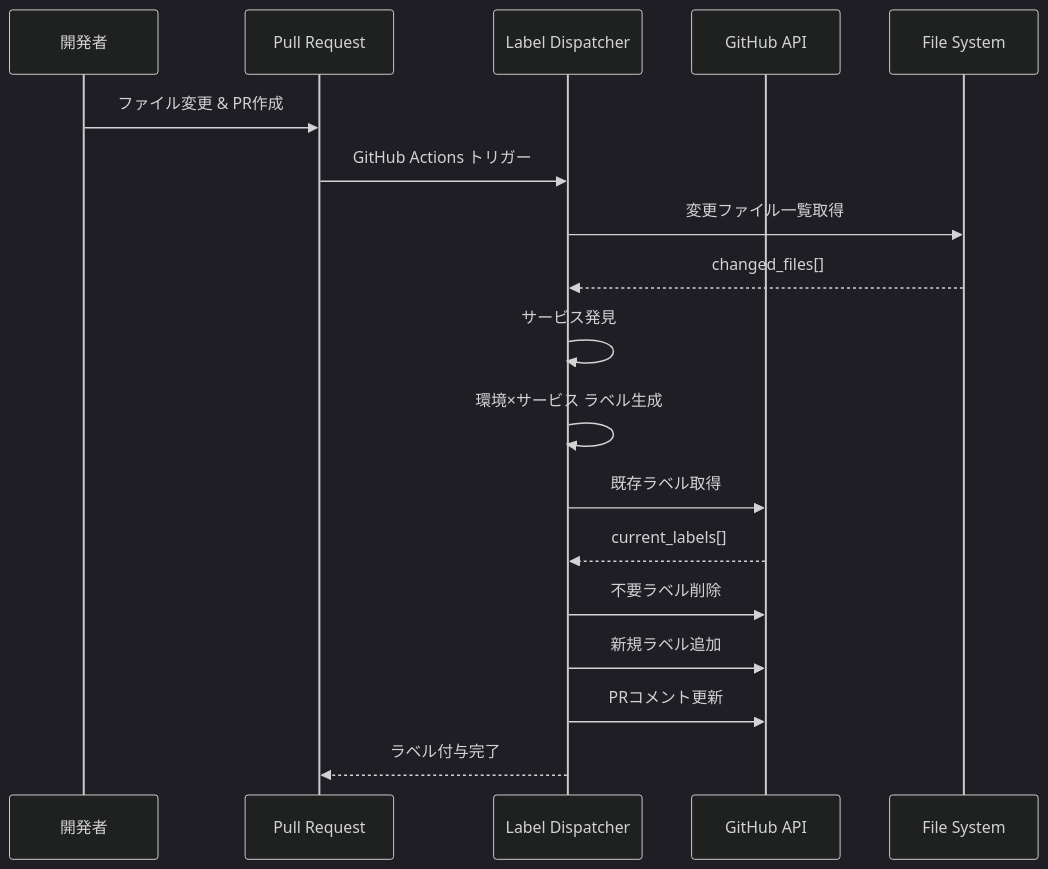
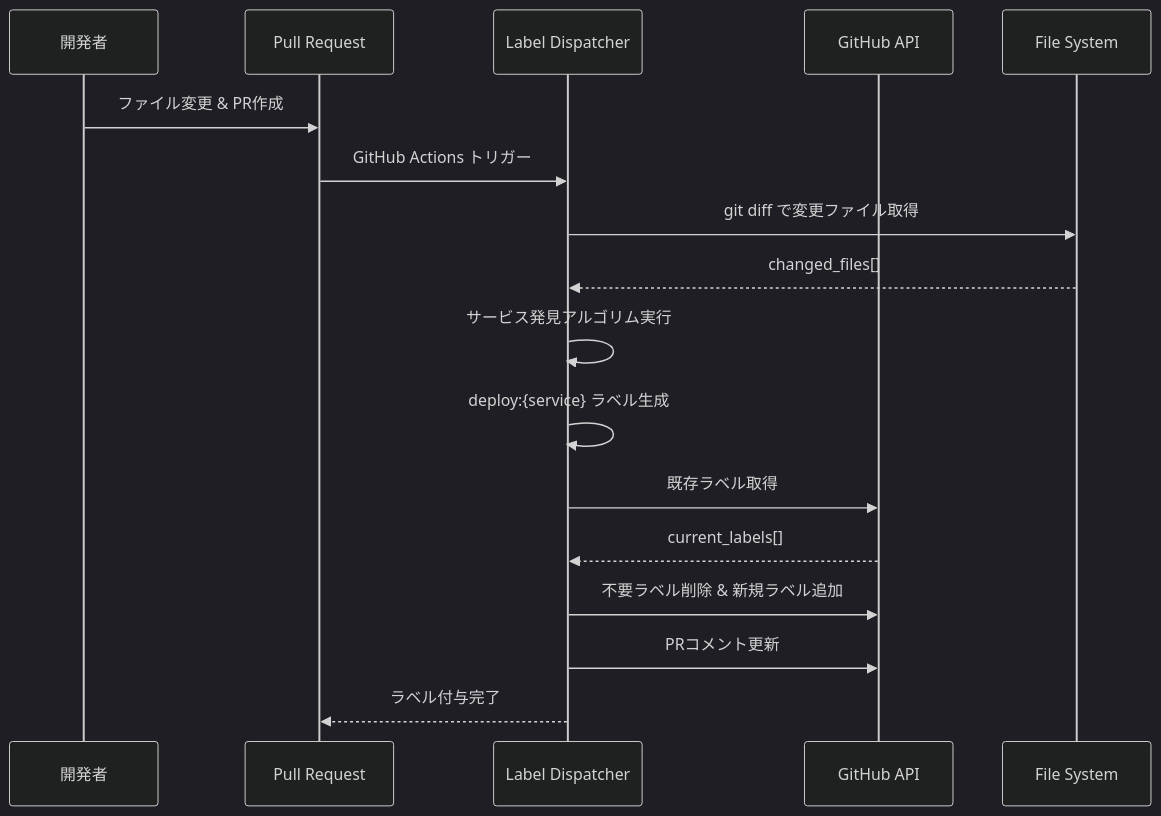
One commit to panicboat/monorepo changed the first of 2 diagrams in .github/scripts/label-dispatcher/README.md. Above: the diagram before and after it, drawn with Mermaid (dark theme). The commit also changed other lines of this file and 5 other files, not shown here.

````diff
--- a/.github/scripts/label-dispatcher/README.md
+++ b/.github/scripts/label-dispatcher/README.md
@@ -9,21 +9,20 @@
 ```mermaid
 sequenceDiagram
     participant Dev as 開発者
     participant PR as Pull Request
     participant LD as Label Dispatcher
     participant GH as GitHub API
     participant FS as File System
 
     Dev->>PR: ファイル変更 & PR作成
     PR->>LD: GitHub Actions トリガー
-    LD->>FS: 変更ファイル一覧取得
+    LD->>FS: git diff で変更ファイル取得
     FS-->>LD: changed_files[]
-    LD->>LD: サービス発見
-    LD->>LD: 環境×サービス ラベル生成
+    LD->>LD: サービス発見アルゴリム実行
+    LD->>LD: deploy:{service} ラベル生成
     LD->>GH: 既存ラベル取得
     GH-->>LD: current_labels[]
-    LD->>GH: 不要ラベル削除
-    LD->>GH: 新規ラベル追加
+    LD->>GH: 不要ラベル削除 & 新規ラベル追加
     LD->>GH: PRコメント更新
     LD-->>PR: ラベル付与完了
 ```
````
